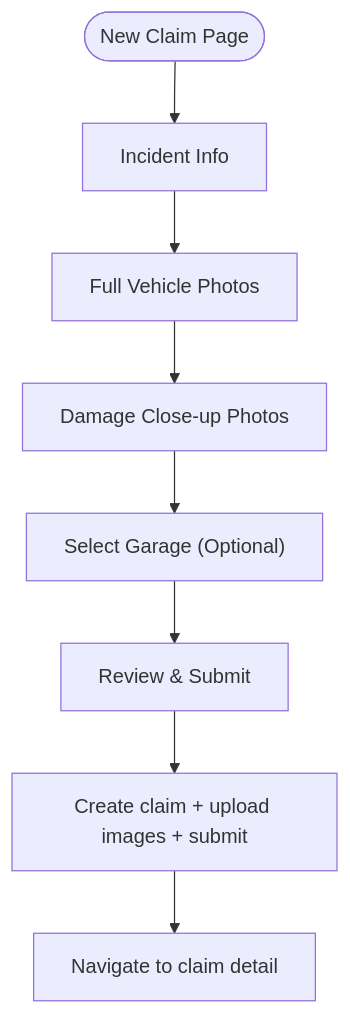
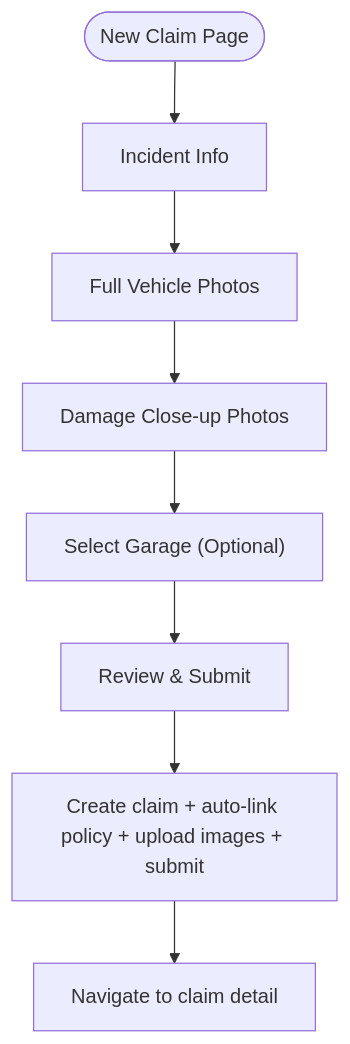
Diagram 11 of 13 in .qoder/repowiki/en/content/Business Logic Layer/Claims Processing Workflow.md (NaveenHiranya/Smart-Vehicle-Insurance-Claim-System), drawn with Mermaid before and after one commit. The commit also changed other lines of this file and 38 other files, not shown here.

````diff
--- a/.qoder/repowiki/en/content/Business Logic Layer/Claims Processing Workflow.md
+++ b/.qoder/repowiki/en/content/Business Logic Layer/Claims Processing Workflow.md
@@ -416,10 +466,10 @@
 ```mermaid
 flowchart TD
 Start(["New Claim Page"]) --> Step1["Incident Info"]
 Step1 --> Step2["Full Vehicle Photos"]
 Step2 --> Step3["Damage Close-up Photos"]
 Step3 --> Step4["Select Garage (Optional)"]
 Step4 --> Step5["Review & Submit"]
-Step5 --> Submit["Create claim + upload images + submit"]
+Step5 --> Submit["Create claim + auto-link policy + upload images + submit"]
 Submit --> Navigate["Navigate to claim detail"]
 ```
````
